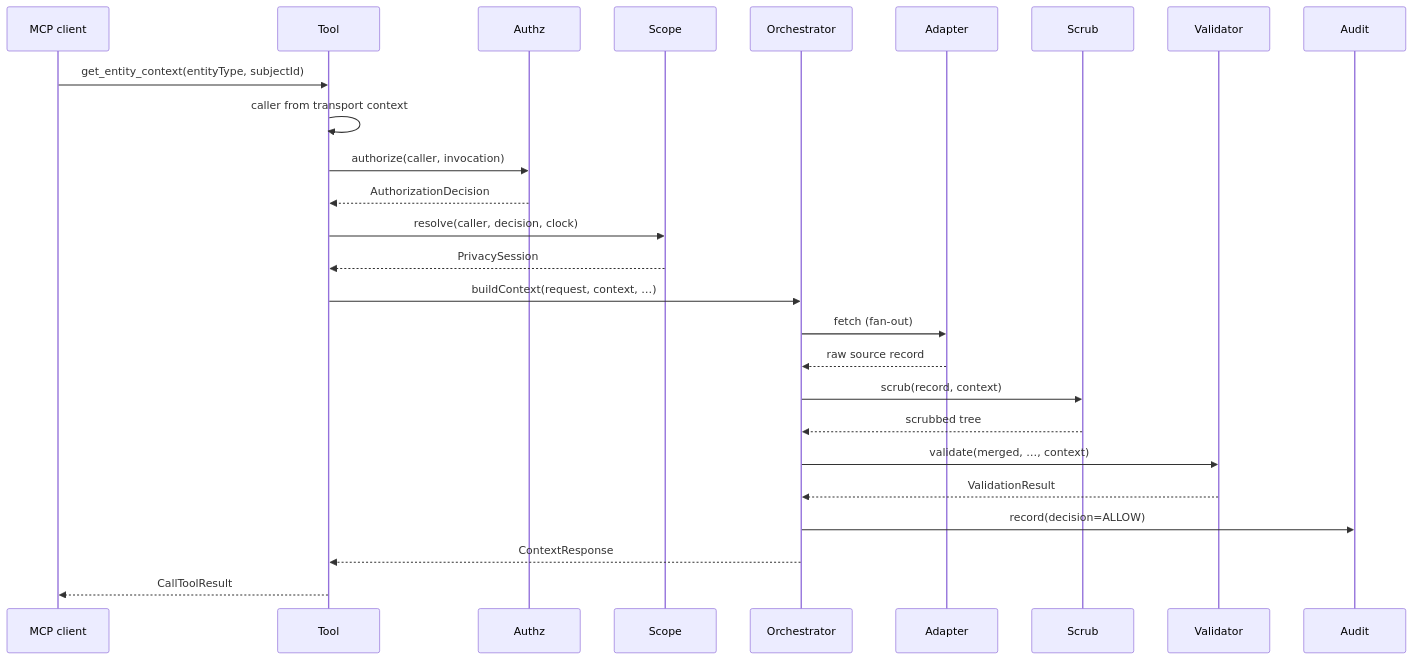
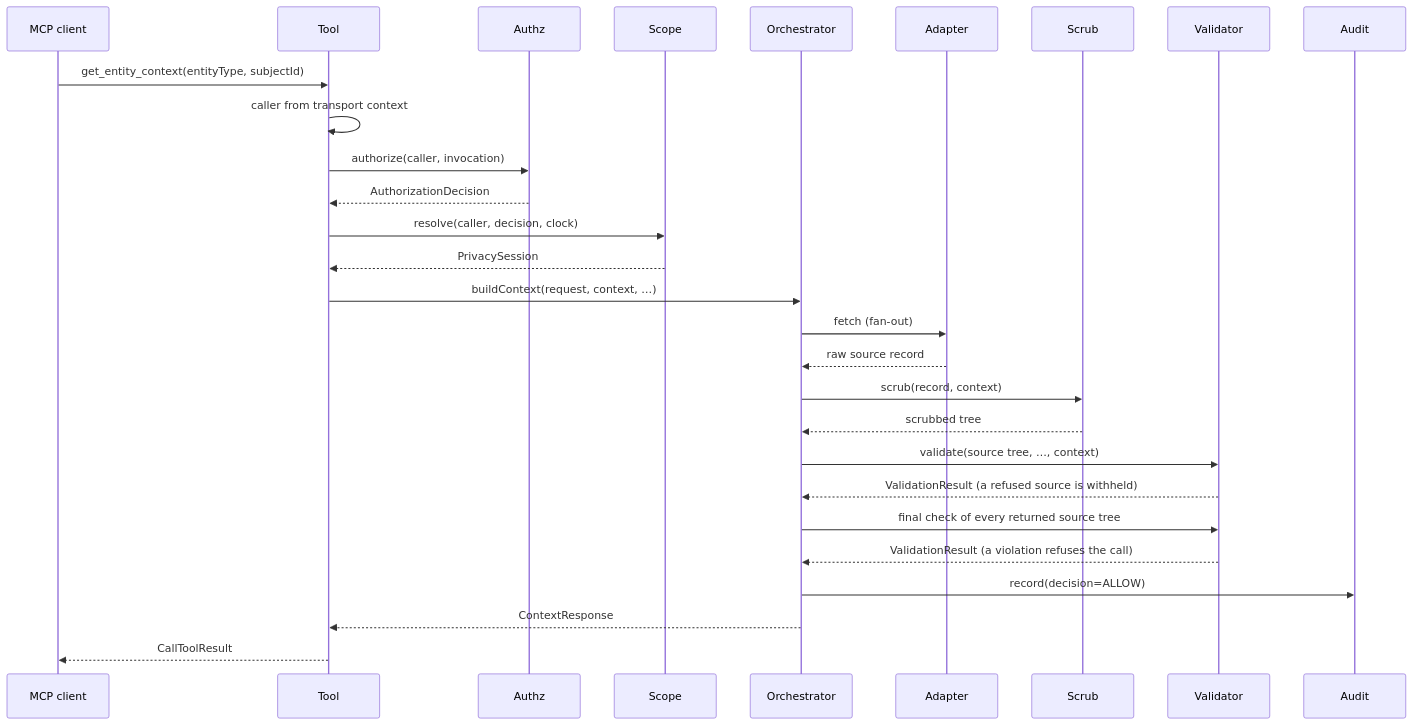
One commit to AindriuB/data-prism changed the diagram in docs-site/diagrams/entity-context-call.mmd. Above: the diagram before and after it, drawn with Mermaid. The commit also changed 36 other files, not shown here.

```diff
--- a/docs-site/diagrams/entity-context-call.mmd
+++ b/docs-site/diagrams/entity-context-call.mmd
@@ -1,27 +1,29 @@
 sequenceDiagram
     participant Caller as MCP client
     participant Tool
     participant Authz
     participant Scope
     participant Orchestrator
     participant Adapter
     participant Scrub
     participant Validator
     participant Audit
 
     Caller->>Tool: get_entity_context(entityType, subjectId)
     Tool->>Tool: caller from transport context
     Tool->>Authz: authorize(caller, invocation)
     Authz-->>Tool: AuthorizationDecision
     Tool->>Scope: resolve(caller, decision, clock)
     Scope-->>Tool: PrivacySession
     Tool->>Orchestrator: buildContext(request, context, …)
     Orchestrator->>Adapter: fetch (fan-out)
     Adapter-->>Orchestrator: raw source record
     Orchestrator->>Scrub: scrub(record, context)
     Scrub-->>Orchestrator: scrubbed tree
-    Orchestrator->>Validator: validate(merged, …, context)
-    Validator-->>Orchestrator: ValidationResult
+    Orchestrator->>Validator: validate(source tree, …, context)
+    Validator-->>Orchestrator: ValidationResult (a refused source is withheld)
+    Orchestrator->>Validator: final check of every returned source tree
+    Validator-->>Orchestrator: ValidationResult (a violation refuses the call)
     Orchestrator->>Audit: record(decision=ALLOW)
     Orchestrator-->>Tool: ContextResponse
     Tool-->>Caller: CallToolResult
```
